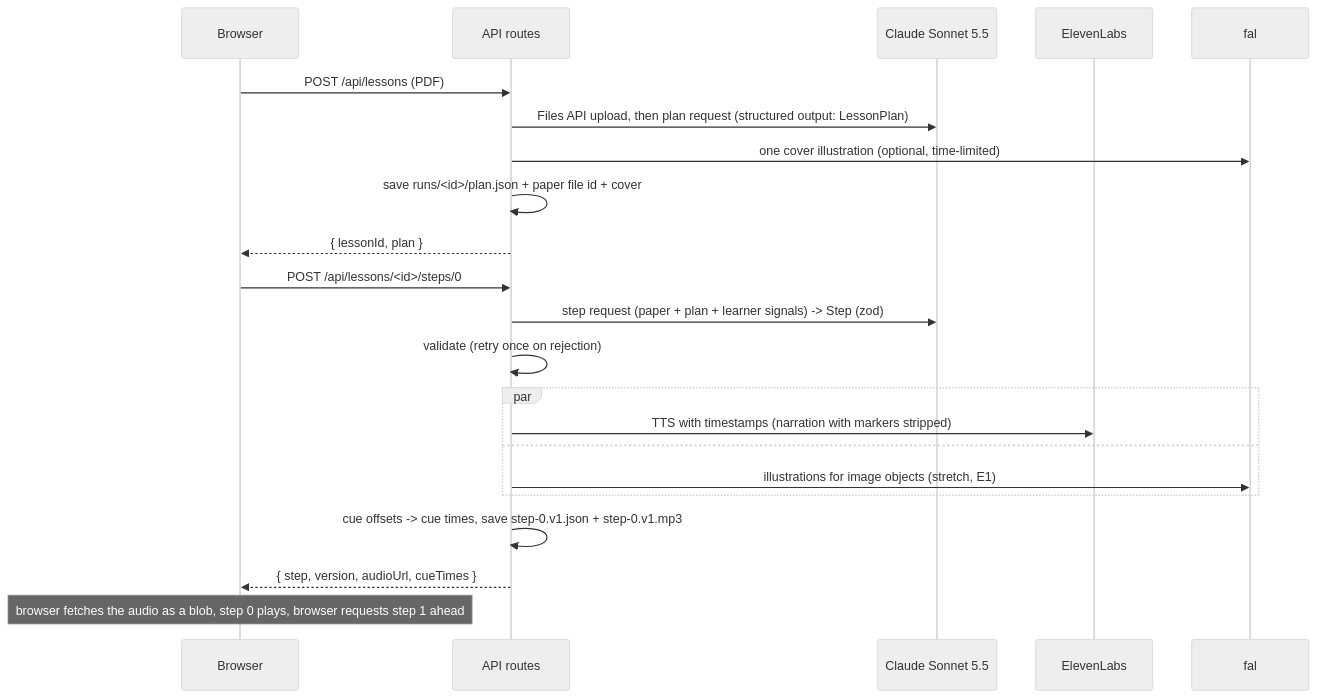
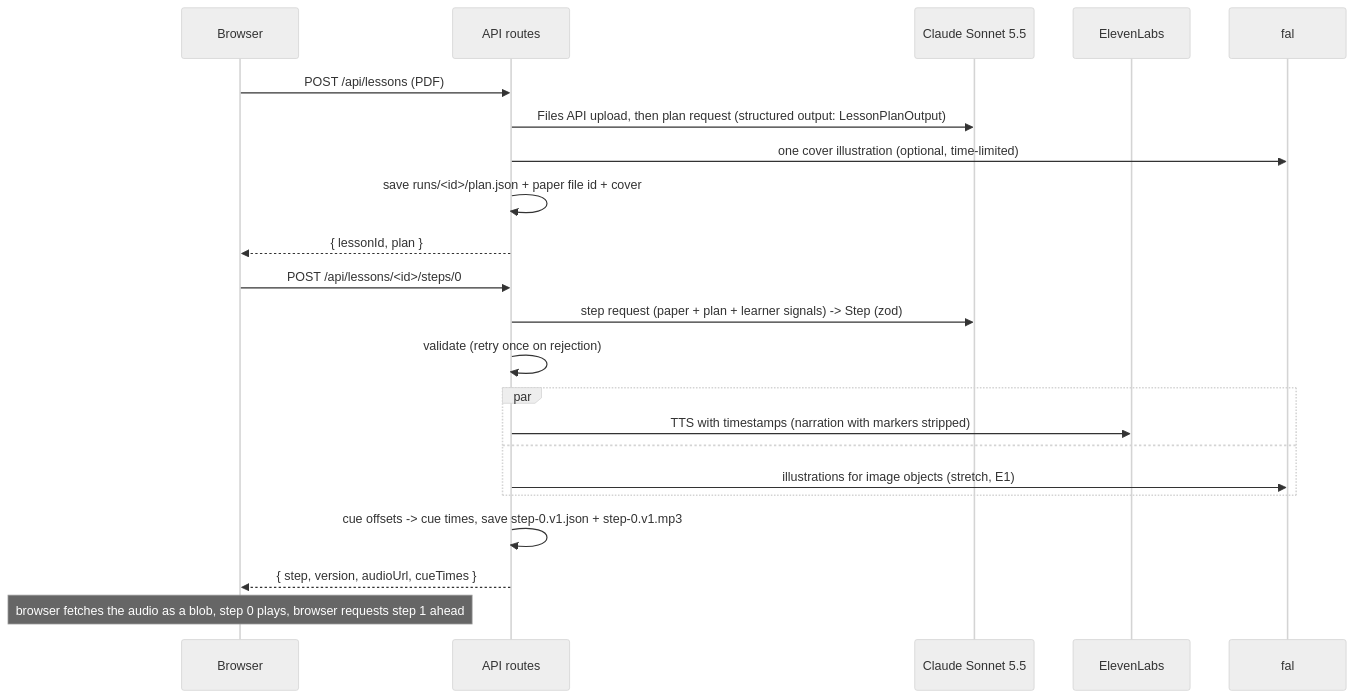
The second of 4 diagrams in docs/ARCHITECTURE.md (Jho0413/Unfolded), drawn with Mermaid (neutral theme) before and after one commit. The commit also changed other lines of this file and 10 other files, not shown here.

````diff
--- a/docs/ARCHITECTURE.md
+++ b/docs/ARCHITECTURE.md
@@ -218,24 +218,24 @@
 ```mermaid
 sequenceDiagram
   participant B as Browser
   participant A as API routes
   participant C as Claude Sonnet 5.5
   participant E as ElevenLabs
   participant F as fal
   B->>A: POST /api/lessons (PDF)
-  A->>C: Files API upload, then plan request (structured output: LessonPlan)
+  A->>C: Files API upload, then plan request (structured output: LessonPlanOutput)
   A->>F: one cover illustration (optional, time-limited)
   A->>A: save runs/<id>/plan.json + paper file id + cover
   A-->>B: { lessonId, plan }
   B->>A: POST /api/lessons/<id>/steps/0
   A->>C: step request (paper + plan + learner signals) -> Step (zod)
   A->>A: validate (retry once on rejection)
   par
     A->>E: TTS with timestamps (narration with markers stripped)
   and
     A->>F: illustrations for image objects (stretch, E1)
   end
   A->>A: cue offsets -> cue times, save step-0.v1.json + step-0.v1.mp3
   A-->>B: { step, version, audioUrl, cueTimes }
   Note over B: browser fetches the audio as a blob, step 0 plays, browser requests step 1 ahead
 ```
````
